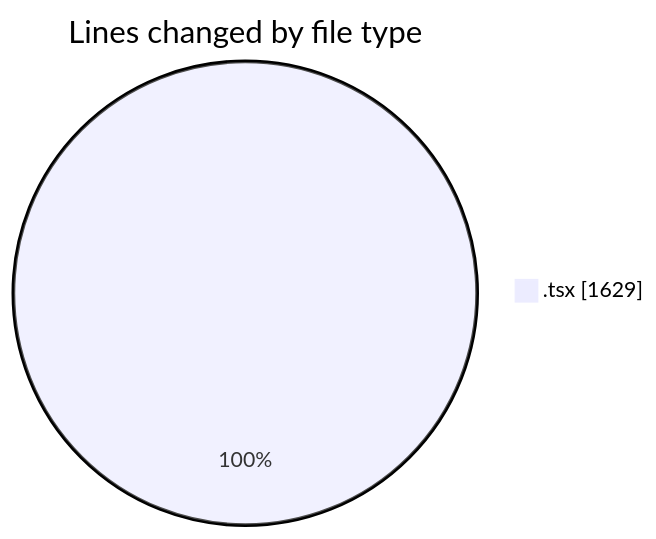
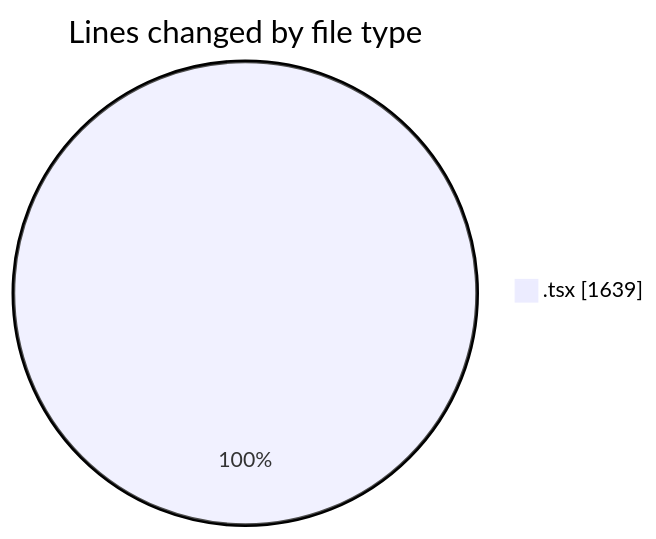
Before and after one commit to momahboobian/code-tracking: the first of 2 diagrams in 2025-09-30/cda/README.md, drawn with Mermaid. The commit also changed other lines of this file and 1 other file, not shown here.

````diff
--- a/2025-09-30/cda/README.md
+++ b/2025-09-30/cda/README.md
@@ -21,5 +21,5 @@
 ```mermaid
 pie showData
 title Lines changed by file type
-".tsx" : 1629
+".tsx" : 1639
 ```
````
